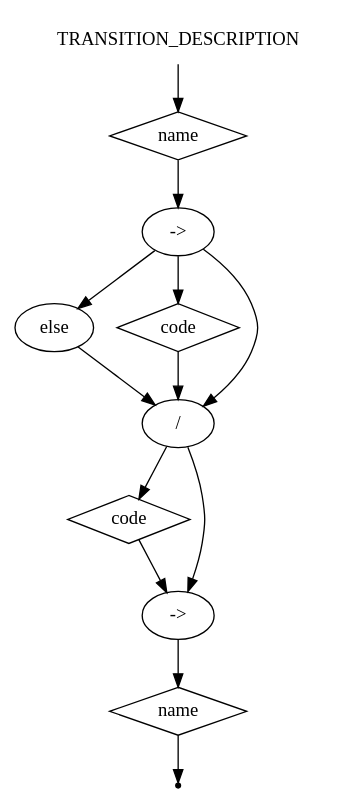
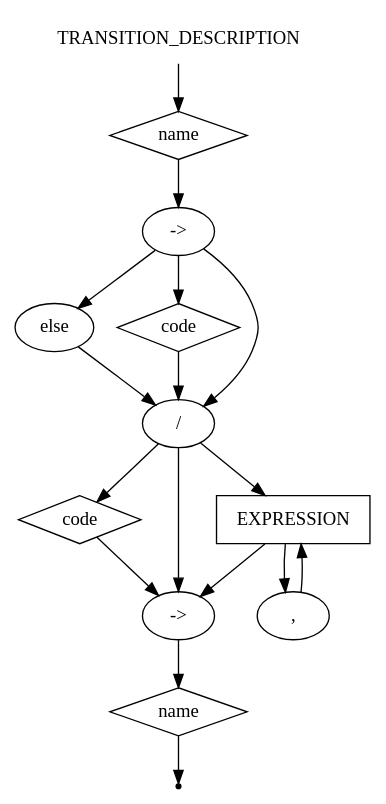
The diagram in _examples/ciao/transition_description.gv (Samirox66/ciao), drawn with Graphviz before and after one commit. The commit also changed 6 other files, not shown here.

```diff
--- a/_examples/ciao/transition_description.gv
+++ b/_examples/ciao/transition_description.gv
@@ -1,24 +1,30 @@
 digraph TRANSITION_DESCRIPTION {
     start [label=TRANSITION_DESCRIPTION shape=plaintext]
     A [label=name shape=diamond]
     B [label="->" shape=oval]
     C [label=else shape=oval]
     D [label=code shape=diamond]
     E [label="/" shape=oval]
     F [label=code shape=diamond]
     G [label="->" shape=oval]
     H [label=name shape=diamond]
+    I [label=EXPRESSION shape=box]
+    J [label="," shape=oval]
     end [label="" shape=point]
     start -> A
     A -> B
     B -> C
     B -> D
     B -> E
     C -> E
     D -> E
     E -> F
     E -> G
     F -> G
     G -> H
+    E -> I
+    I -> J
+    I -> G
+    J -> I
     H -> end
 }
```
